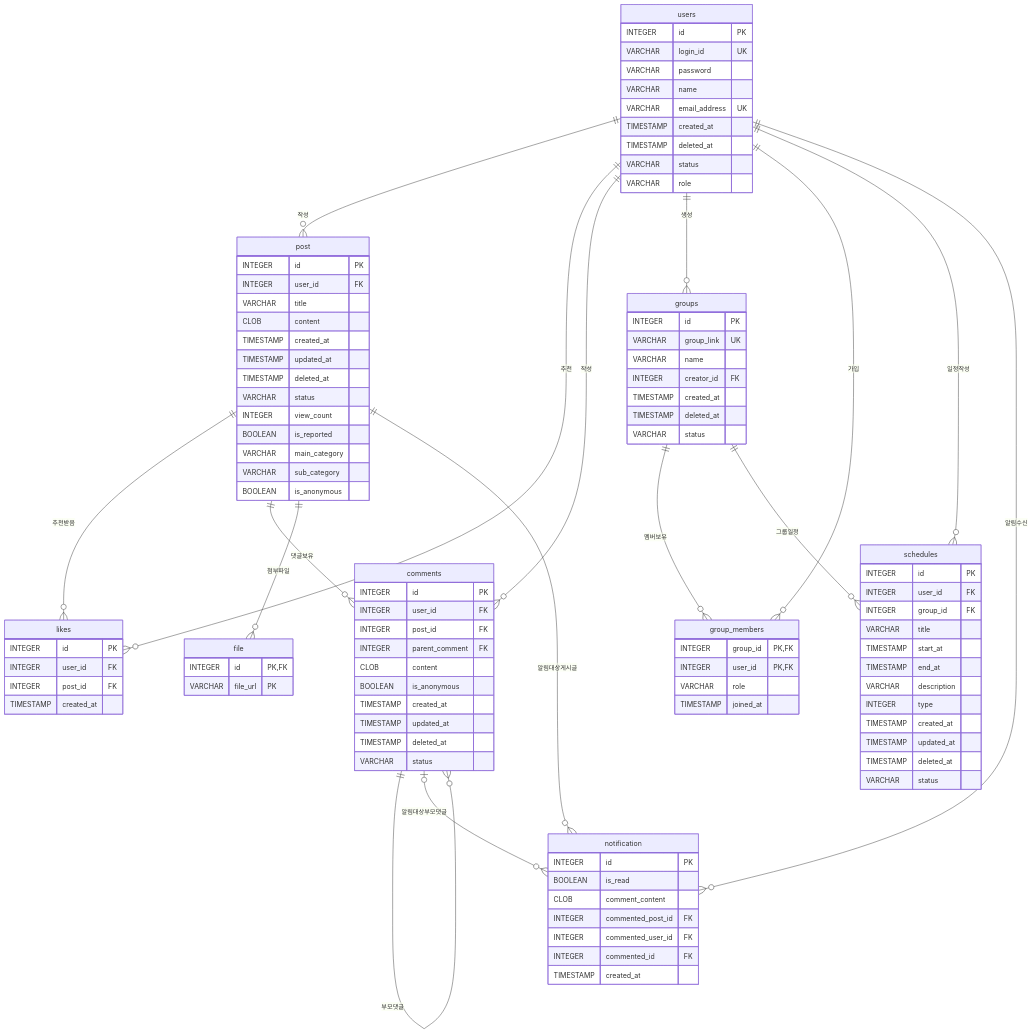
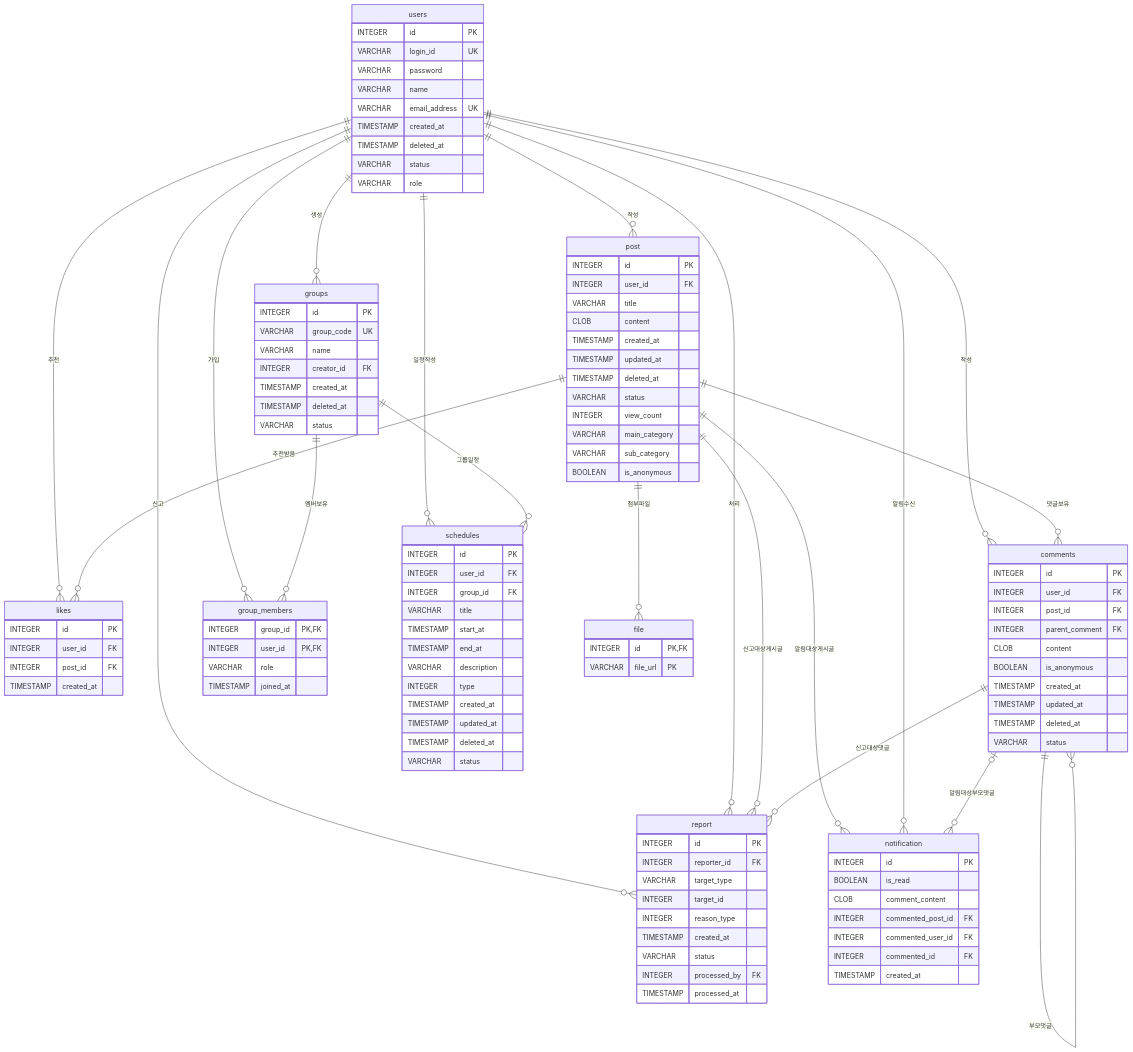
The diagram in docs/source/erd.md (kwonyeonwoo/DB_TeamProject), drawn with Mermaid before and after one commit. The commit also changed other lines of this file and 22 other files, not shown here.

```diff
--- a/docs/source/erd.md
+++ b/docs/source/erd.md
@@ -31,6 +31,10 @@
     users ||--o{ comments : "작성"
     post ||--o{ comments : "댓글보유"
     comments ||--o{ comments : "부모댓글"
+    users ||--o{ report : "신고"
+    users ||--o{ report : "처리"
+    post ||--o{ report : "신고대상게시글"
+    comments ||--o{ report : "신고대상댓글"
     users ||--o{ groups : "생성"
     users ||--o{ group_members : "가입"
     groups ||--o{ group_members : "멤버보유"
@@ -63,7 +67,6 @@
         TIMESTAMP deleted_at
         VARCHAR status
         INTEGER view_count
-        BOOLEAN is_reported
         VARCHAR main_category
         VARCHAR sub_category
         BOOLEAN is_anonymous
@@ -89,9 +92,21 @@
         VARCHAR status
     }
 
+    report {
+        INTEGER id PK
+        INTEGER reporter_id FK
+        VARCHAR target_type
+        INTEGER target_id
+        INTEGER reason_type
+        TIMESTAMP created_at
+        VARCHAR status
+        INTEGER processed_by FK
+        TIMESTAMP processed_at
+    }
+
     groups {
         INTEGER id PK
-        VARCHAR group_link UK
+        VARCHAR group_code UK
         VARCHAR name
         INTEGER creator_id FK
         TIMESTAMP created_at
```
